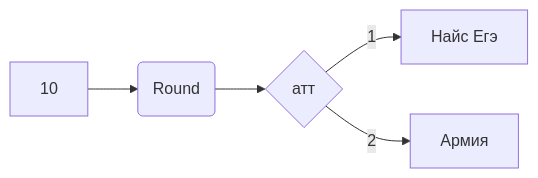
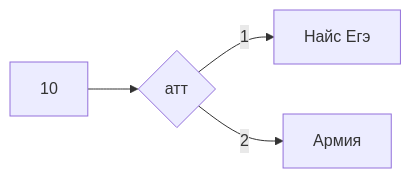
Before and after one commit to W1zard70r/Miniature-chainsaw: the diagram in README.md, drawn with Mermaid.

````diff
--- a/README.md
+++ b/README.md
@@ -30,8 +30,7 @@
 ```mermaid 
 flowchart LR
 
-A[10] --> B(Round)
-B --> C{атт}
+A[10] --> C{атт}
 C -->|1| D[Найс Егэ]
 C -->|2| E[Армия]
 ```
````
